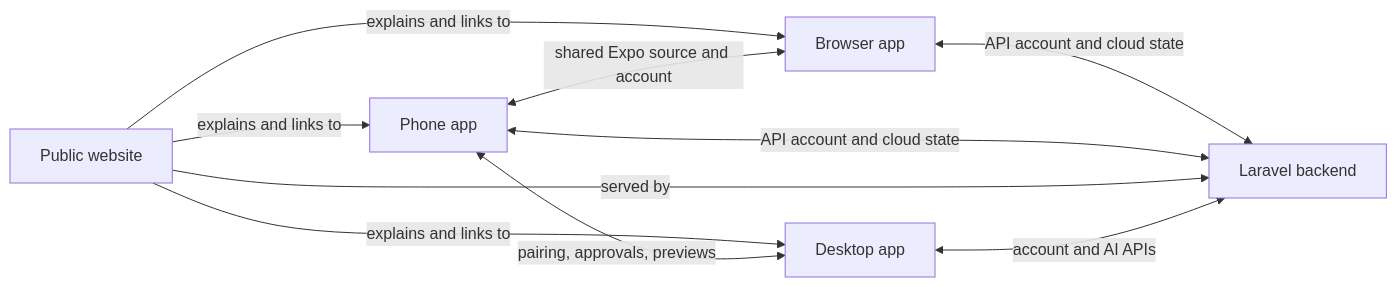
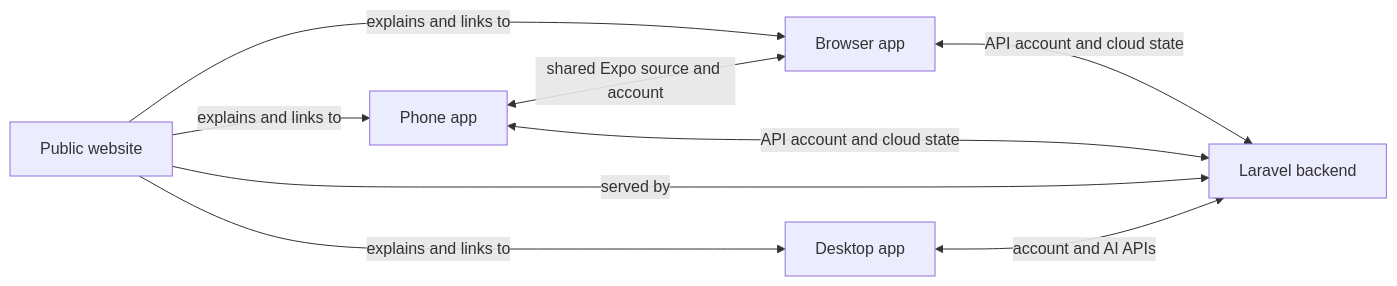
Before and after one commit to ellisthreader/Vibyra: the diagram in Vibyra/_ai/Product Surfaces.md, drawn with Mermaid. The commit also changed other lines of this file and 667 other files, not shown here.

````diff
--- a/Vibyra/_ai/Product Surfaces.md
+++ b/Vibyra/_ai/Product Surfaces.md
@@ -38,12 +37,11 @@
 ```mermaid
 flowchart LR
     Website[Public website] -->|explains and links to| Phone[Phone app]
     Website -->|explains and links to| Browser[Browser app]
     Website -->|explains and links to| Desktop[Desktop app]
     Phone <-->|shared Expo source and account| Browser
-    Phone <-->|pairing, approvals, previews| Desktop
     Browser <-->|API account and cloud state| Backend[Laravel backend]
     Phone <-->|API account and cloud state| Backend
     Website -->|served by| Backend
     Desktop <-->|account and AI APIs| Backend
 ```
````
